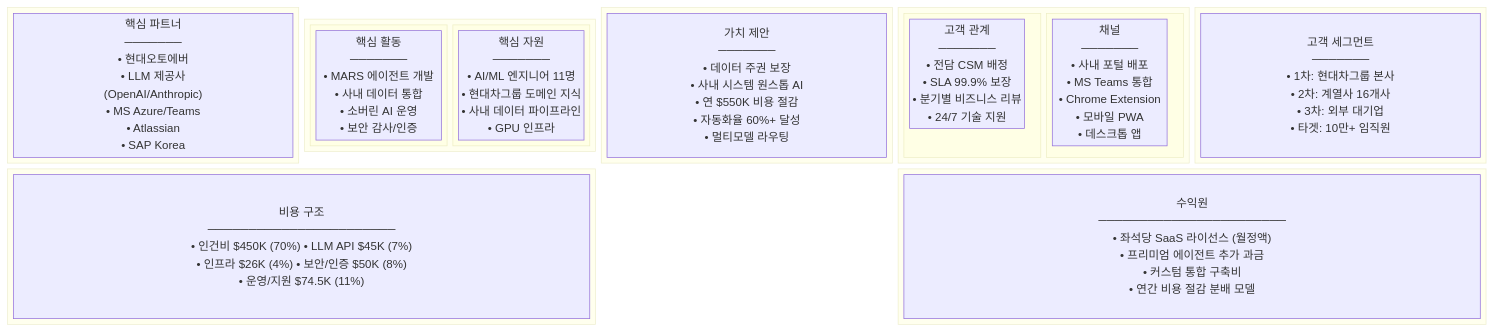
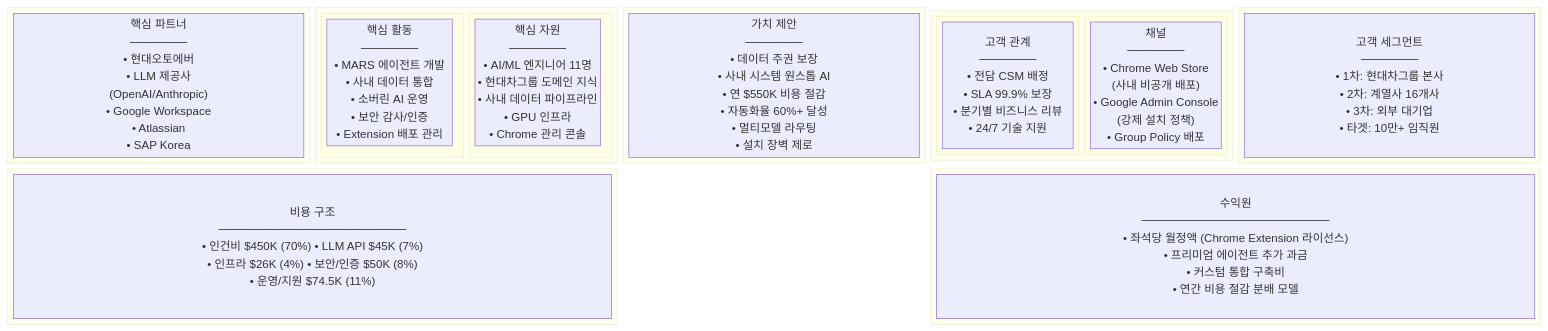
Before and after one commit to sgtlim0/sgtlim0.github.io: the first of 2 diagrams in docs/SERVICE_PLAN_04_BUSINESS.md, drawn with Mermaid. The commit also changed other lines of this file and 3 other files, not shown here.

First line of the commit message:
docs: 서비스 기획서 Chrome Extension 전용으로 업데이트 (Part 0,1,3,4)

````diff
--- a/docs/SERVICE_PLAN_04_BUSINESS.md
+++ b/docs/SERVICE_PLAN_04_BUSINESS.md
@@ -12,37 +13,37 @@
 ```mermaid
 block-beta
   columns 5
   block:KP:1
-    A["핵심 파트너<br/>───────<br/>• 현대오토에버<br/>• LLM 제공사<br/>(OpenAI/Anthropic)<br/>• MS Azure/Teams<br/>• Atlassian<br/>• SAP Korea"]
+    A["핵심 파트너<br/>───────<br/>• 현대오토에버<br/>• LLM 제공사<br/>(OpenAI/Anthropic)<br/>• Google Workspace<br/>• Atlassian<br/>• SAP Korea"]
   end
   block:KAKR:1
     block:KA:1
-      B["핵심 활동<br/>───────<br/>• MARS 에이전트 개발<br/>• 사내 데이터 통합<br/>• 소버린 AI 운영<br/>• 보안 감사/인증"]
+      B["핵심 활동<br/>───────<br/>• MARS 에이전트 개발<br/>• 사내 데이터 통합<br/>• 소버린 AI 운영<br/>• 보안 감사/인증<br/>• Extension 배포 관리"]
     end
     block:KR:1
-      C["핵심 자원<br/>───────<br/>• AI/ML 엔지니어 11명<br/>• 현대차그룹 도메인 지식<br/>• 사내 데이터 파이프라인<br/>• GPU 인프라"]
+      C["핵심 자원<br/>───────<br/>• AI/ML 엔지니어 11명<br/>• 현대차그룹 도메인 지식<br/>• 사내 데이터 파이프라인<br/>• GPU 인프라<br/>• Chrome 관리 콘솔"]
     end
   end
   block:VP:1
-    D["가치 제안<br/>───────<br/>• 데이터 주권 보장<br/>• 사내 시스템 원스톱 AI<br/>• 연 $550K 비용 절감<br/>• 자동화율 60%+ 달성<br/>• 멀티모델 라우팅"]
+    D["가치 제안<br/>───────<br/>• 데이터 주권 보장<br/>• 사내 시스템 원스톱 AI<br/>• 연 $550K 비용 절감<br/>• 자동화율 60%+ 달성<br/>• 멀티모델 라우팅<br/>• 설치 장벽 제로"]
   end
   block:CRCH:1
     block:CR:1
       E["고객 관계<br/>───────<br/>• 전담 CSM 배정<br/>• SLA 99.9% 보장<br/>• 분기별 비즈니스 리뷰<br/>• 24/7 기술 지원"]
     end
     block:CH:1
-      F["채널<br/>───────<br/>• 사내 포털 배포<br/>• MS Teams 통합<br/>• Chrome Extension<br/>• 모바일 PWA<br/>• 데스크톱 앱"]
+      F["채널<br/>───────<br/>• Chrome Web Store<br/>(사내 비공개 배포)<br/>• Google Admin Console<br/>(강제 설치 정책)<br/>• Group Policy 배포"]
     end
   end
   block:CS:1
     G["고객 세그먼트<br/>───────<br/>• 1차: 현대차그룹 본사<br/>• 2차: 계열사 16개사<br/>• 3차: 외부 대기업<br/>• 타겟: 10만+ 임직원"]
   end
 
   block:COST:2
     H["비용 구조<br/>───────────────────────<br/>• 인건비 $450K (70%) • LLM API $45K (7%)<br/>• 인프라 $26K (4%) • 보안/인증 $50K (8%)<br/>• 운영/지원 $74.5K (11%)"]
   end
   space
   block:REV:2
-    I["수익원<br/>───────────────────────<br/>• 좌석당 SaaS 라이선스 (월정액)<br/>• 프리미엄 에이전트 추가 과금<br/>• 커스텀 통합 구축비<br/>• 연간 비용 절감 분배 모델"]
+    I["수익원<br/>───────────────────────<br/>• 좌석당 월정액 (Chrome Extension 라이선스)<br/>• 프리미엄 에이전트 추가 과금<br/>• 커스텀 통합 구축비<br/>• 연간 비용 절감 분배 모델"]
   end
 ```
````
